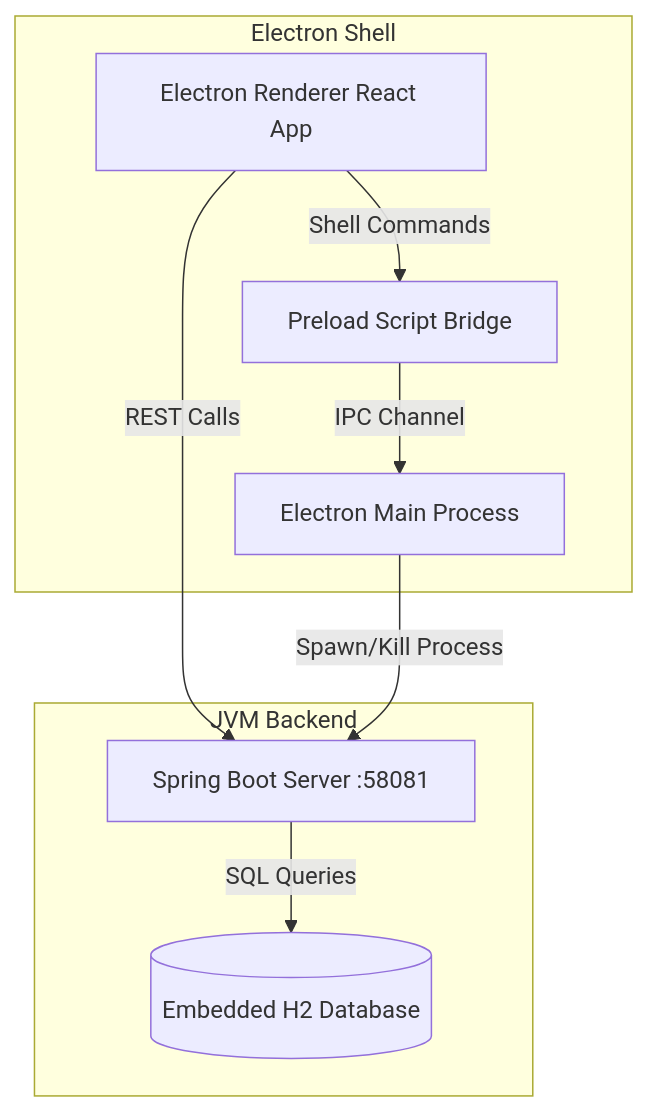
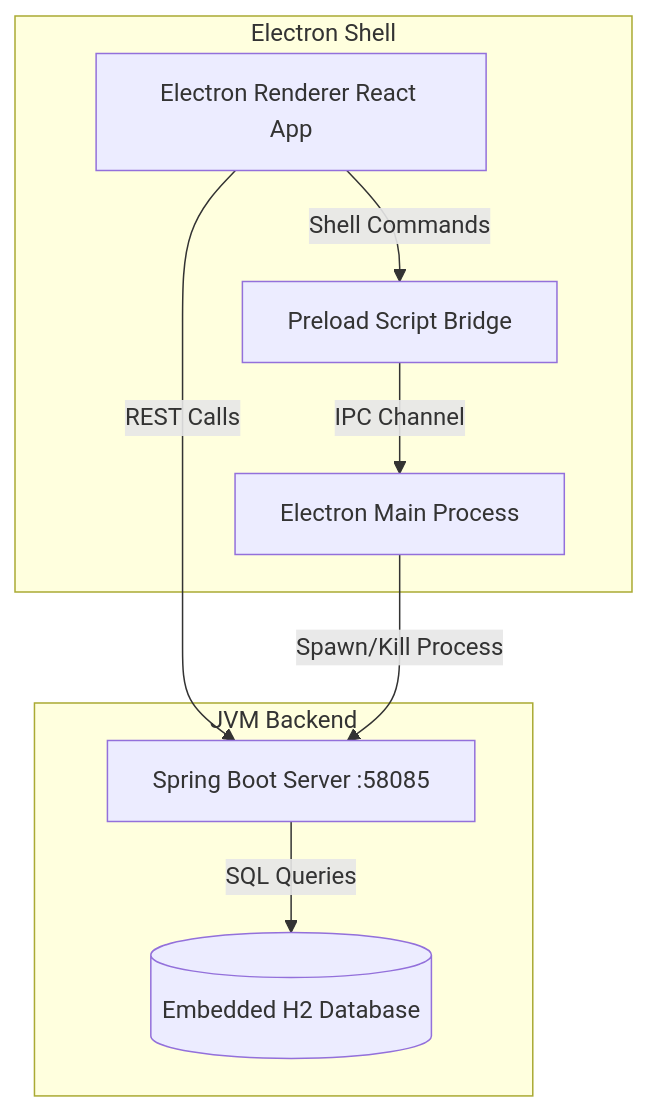
The diagram in README.md (kumar291098/quicklink-dashboard), drawn with Mermaid before and after one commit. The commit also changed other lines of this file and 6 other files, not shown here.

````diff
--- a/README.md
+++ b/README.md
@@ -34,19 +34,19 @@
 ```mermaid
 graph TD
     subgraph Electron Shell
         Main[Electron Main Process]
         Renderer[Electron Renderer React App]
         Preload[Preload Script Bridge]
     end
 
     subgraph JVM Backend
-        Spring[Spring Boot Server :58081]
+        Spring[Spring Boot Server :58085]
         H2[(Embedded H2 Database)]
     end
     
     Renderer -->|REST Calls| Spring
     Renderer -->|Shell Commands| Preload
     Preload -->|IPC Channel| Main
     Main -->|Spawn/Kill Process| Spring
     Spring -->|SQL Queries| H2
 ```
````
